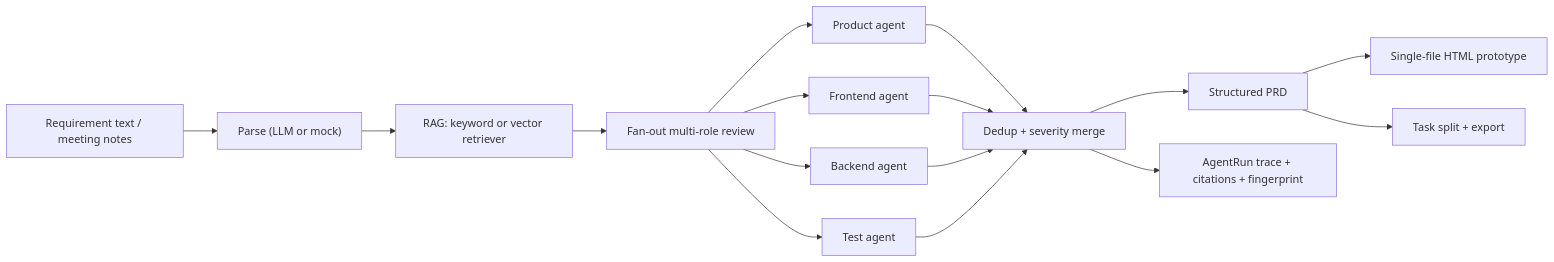
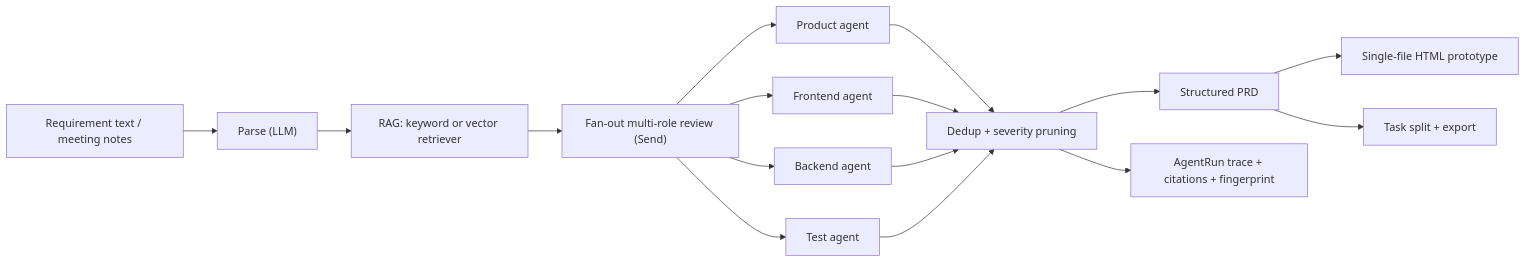
One commit to Sh1njuuovo/reqpilot changed the diagram in README.md. Above: the diagram before and after it, drawn with Mermaid. The commit also changed other lines of this file and 44 other files, not shown here.

Commit message:
refactor: LLM-first design — remove rule baseline from CLI/API/eval and docs, add prompt convergence + severity pruning guardrail, retry on transient LLM errors, LLM-only evaluation reports

````diff
--- a/README.md
+++ b/README.md
@@ -24,18 +24,18 @@
 ```mermaid
 flowchart LR
-    IN["Requirement text / meeting notes"] --> P["Parse (LLM or mock)"]
+    IN["Requirement text / meeting notes"] --> P["Parse (LLM)"]
     P --> R["RAG: keyword or vector retriever"]
-    R --> F["Fan-out multi-role review"]
+    R --> F["Fan-out multi-role review (Send)"]
     F --> PR["Product agent"]
     F --> FR["Frontend agent"]
     F --> BA["Backend agent"]
     F --> TE["Test agent"]
-    PR --> M["Dedup + severity merge"]
+    PR --> M["Dedup + severity pruning"]
     FR --> M
     BA --> M
     TE --> M
     M --> PRD["Structured PRD"]
     PRD --> PROTO["Single-file HTML prototype"]
     PRD --> TASKS["Task split + export"]
     M --> RUN["AgentRun trace + citations + fingerprint"]
 ```
````
